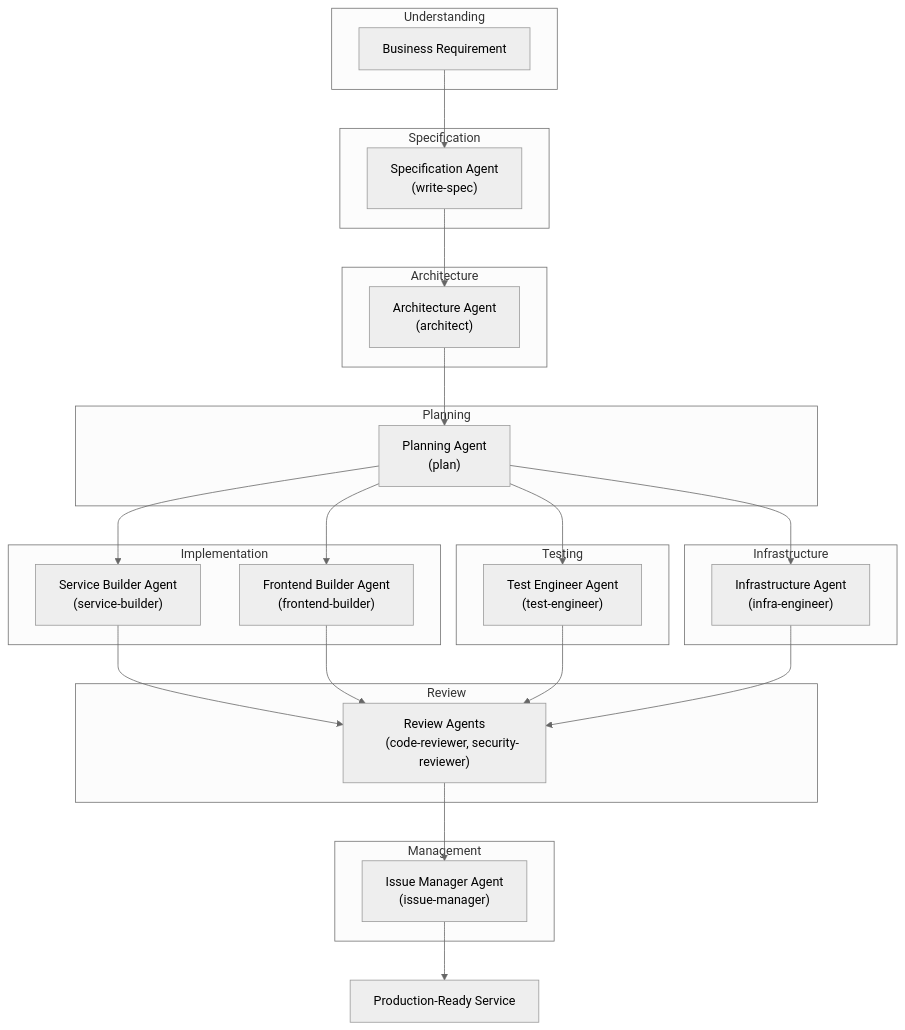
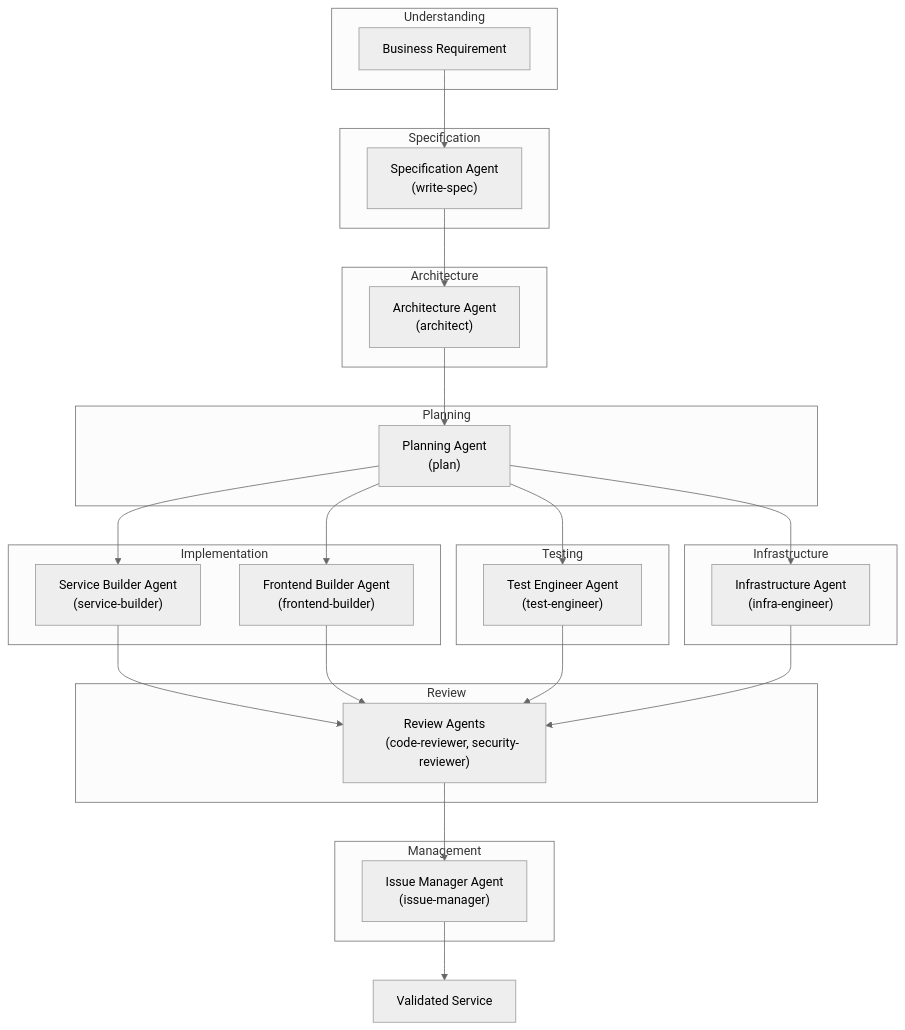
One commit to AlexAlvarezGallardo-GitHub/Aegis changed the first of 3 diagrams in README.md. Above: the diagram before and after it, drawn with Mermaid (neutral theme). The commit also changed other lines of this file and 15 other files, not shown here.

````diff
--- a/README.md
+++ b/README.md
@@ -49,59 +67,59 @@
 ```mermaid
 flowchart TB
     BR["Business Requirement"]
     BR --> SA
 
     SA["Specification Agent
      (write-spec)"]
     AR["Architecture Agent
      (architect)"]
     PL["Planning Agent
      (plan)"]
     SB["Service Builder Agent
      (service-builder)"]
     FB["Frontend Builder Agent
      (frontend-builder)"]
     TE["Test Engineer Agent
      (test-engineer)"]
     IE["Infrastructure Agent
      (infra-engineer)"]
     RV["Review Agents
      (code-reviewer, security-reviewer)"]
     IM["Issue Manager Agent
      (issue-manager)"]
-    PROD["Production-Ready Service"]
+    PROD["Validated Service"]
 
     SA --> AR --> PL
     PL --> SB & FB & TE & IE
     SB & FB & TE & IE --> RV
     RV --> IM --> PROD
 
     subgraph Phase1["Understanding"]
         BR
     end
     subgraph Phase2["Specification"]
         SA
     end
     subgraph Phase3["Architecture"]
         AR
     end
     subgraph Phase4["Planning"]
         PL
     end
     subgraph Phase5["Implementation"]
         SB
         FB
     end
     subgraph Phase6["Testing"]
         TE
     end
     subgraph Phase7["Infrastructure"]
         IE
     end
     subgraph Phase8["Review"]
         RV
     end
     subgraph Phase9["Management"]
         IM
     end
 ```
````
